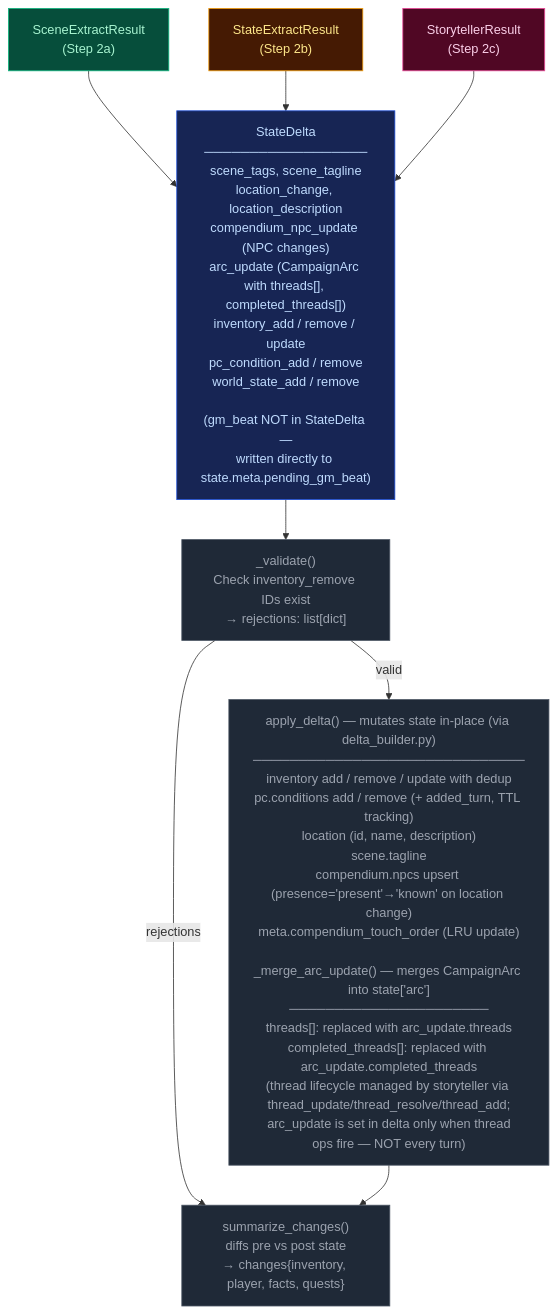
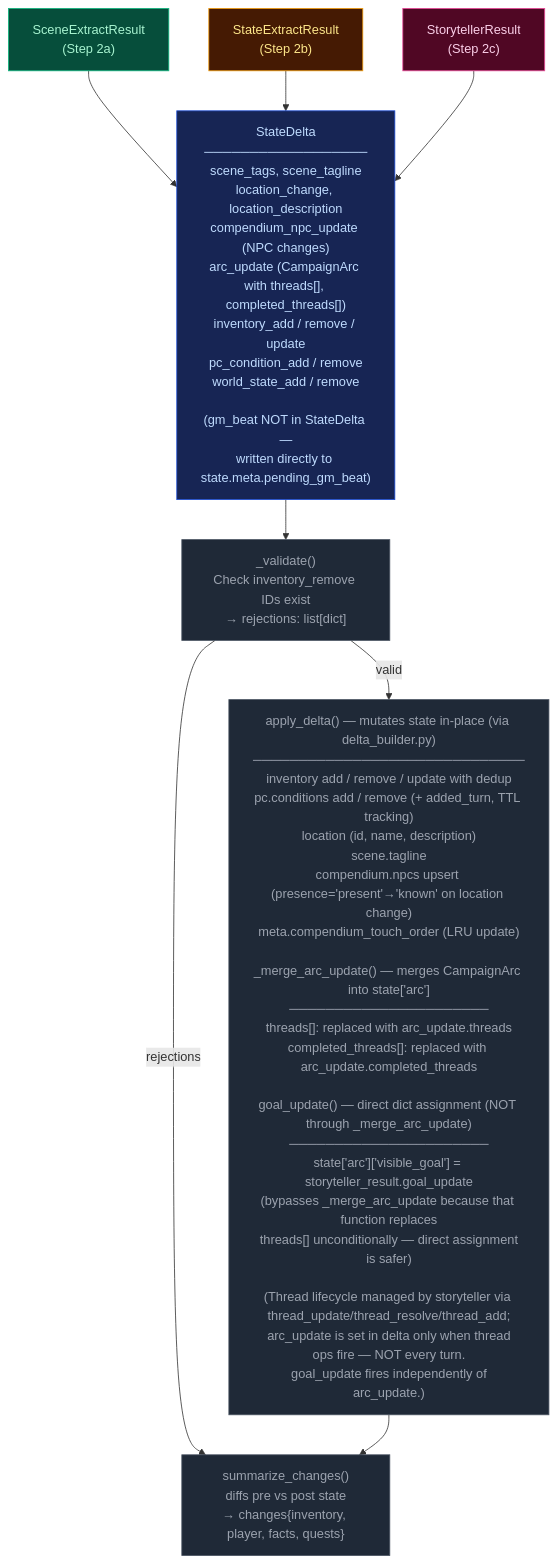
One commit to pww217/fablethread changed the diagram in docs/architecture/delta-validate.md. Above: the diagram before and after it, drawn with Mermaid. The commit also changed 28 other files, not shown here.

````diff
--- a/docs/architecture/delta-validate.md
+++ b/docs/architecture/delta-validate.md
@@ -7,28 +7,28 @@
 ```mermaid
 flowchart TD
     classDef stageScene    fill:#064e3b,color:#a7f3d0,stroke:#10b981
     classDef stageState    fill:#451a03,color:#fde68a,stroke:#f59e0b
     classDef stageProgress fill:#500724,color:#fbcfe8,stroke:#ec4899
     classDef pyNode        fill:#1f2937,color:#9ca3af,stroke:#4b5563
     classDef mergeNode     fill:#172554,color:#bfdbfe,stroke:#1d4ed8
 
     SR1["SceneExtractResult<br>(Step 2a)"]:::stageScene
     SR2["StateExtractResult<br>(Step 2b)"]:::stageState
     SR3["StorytellerResult<br>(Step 2c)"]:::stageProgress
 
     MERGE["StateDelta<br>──────────────────<br>scene_tags, scene_tagline<br>location_change, location_description<br>compendium_npc_update (NPC changes)<br>arc_update (CampaignArc with threads[], completed_threads[])<br>inventory_add / remove / update<br>pc_condition_add / remove<br>world_state_add / remove<br><br>(gm_beat NOT in StateDelta —<br>written directly to state.meta.pending_gm_beat)"]:::mergeNode
 
     VALIDATE["_validate()<br>Check inventory_remove IDs exist<br>→ rejections: list[dict]"]:::pyNode
 
-    APPLY["apply_delta() — mutates state in-place (via delta_builder.py)<br>──────────────────────────────<br>inventory add / remove / update with dedup<br>pc.conditions add / remove (+ added_turn, TTL tracking)<br>location (id, name, description)<br>scene.tagline<br>compendium.npcs upsert (presence='present'→'known' on location change)<br>meta.compendium_touch_order (LRU update)<br><br>_merge_arc_update() — merges CampaignArc into state['arc']<br>──────────────────────<br>threads[]: replaced with arc_update.threads<br>completed_threads[]: replaced with arc_update.completed_threads<br>(thread lifecycle managed by storyteller via thread_update/thread_resolve/thread_add;<br> arc_update is set in delta only when thread ops fire — NOT every turn)"]:::pyNode
+    APPLY["apply_delta() — mutates state in-place (via delta_builder.py)<br>──────────────────────────────<br>inventory add / remove / update with dedup<br>pc.conditions add / remove (+ added_turn, TTL tracking)<br>location (id, name, description)<br>scene.tagline<br>compendium.npcs upsert (presence='present'→'known' on location change)<br>meta.compendium_touch_order (LRU update)<br><br>_merge_arc_update() — merges CampaignArc into state['arc']<br>──────────────────────<br>threads[]: replaced with arc_update.threads<br>completed_threads[]: replaced with arc_update.completed_threads<br><br>goal_update() — direct dict assignment (NOT through _merge_arc_update)<br>──────────────────────<br>state['arc']['visible_goal'] = storyteller_result.goal_update<br>(bypasses _merge_arc_update because that function replaces<br> threads[] unconditionally — direct assignment is safer)<br><br>(Thread lifecycle managed by storyteller via thread_update/thread_resolve/thread_add;<br> arc_update is set in delta only when thread ops fire — NOT every turn.<br> goal_update fires independently of arc_update.)"]:::pyNode
 
     DIFF["summarize_changes()<br>diffs pre vs post state<br>→ changes{inventory, player, facts, quests}"]:::pyNode
 
     SR1 --> MERGE
     SR2 --> MERGE
     SR3 --> MERGE
     MERGE --> VALIDATE
     VALIDATE -- "valid" --> APPLY
     VALIDATE -- "rejections" --> DIFF
     APPLY --> DIFF
 ```
````
